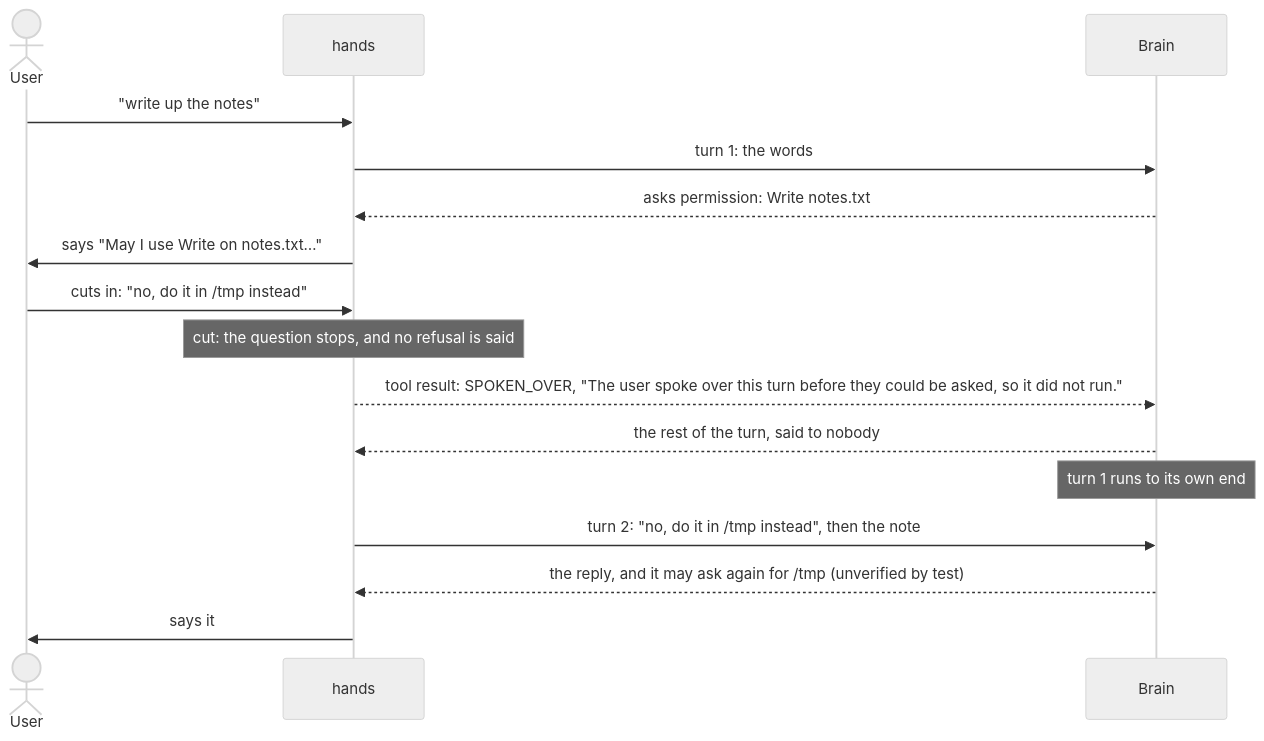
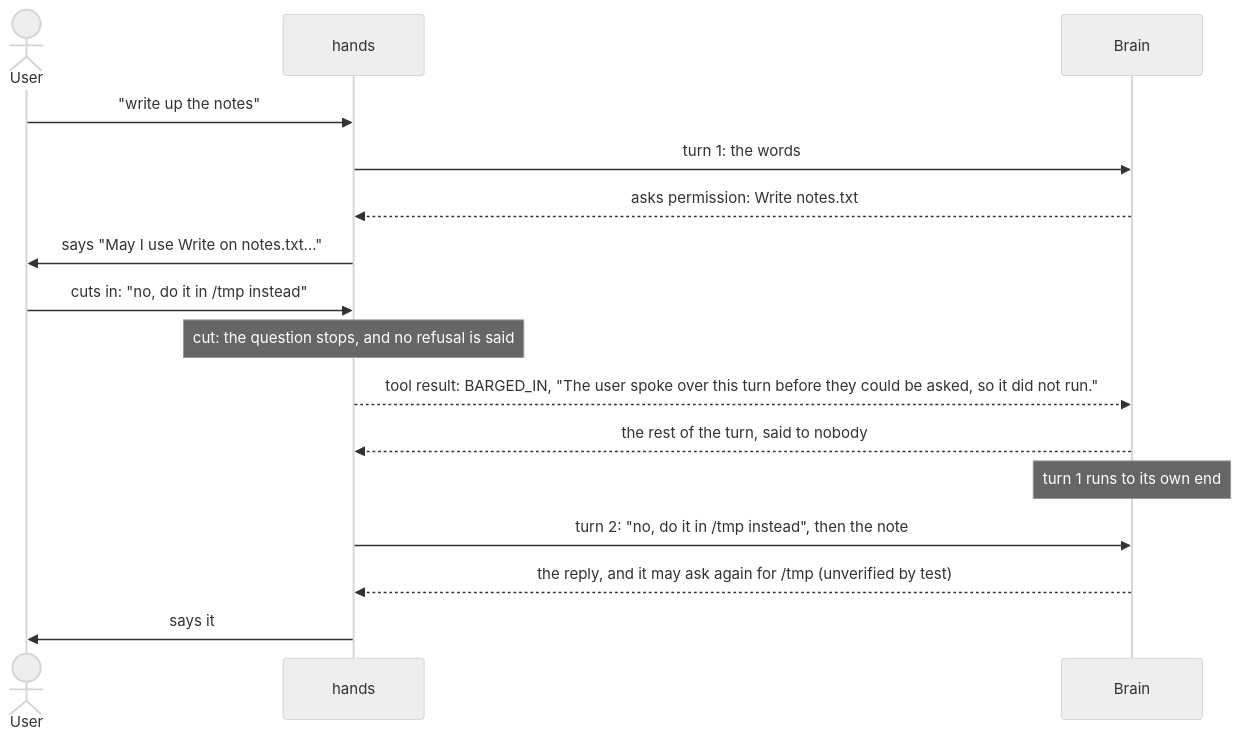
The fourth of 7 diagrams in docs/barge-in.md (promptctl/cc-hands), drawn with Mermaid (neutral theme) before and after one commit. The commit also changed other lines of this file and 177 other files, not shown here.

````diff
--- a/docs/barge-in.md
+++ b/docs/barge-in.md
@@ -264,18 +264,18 @@
 ```mermaid
 sequenceDiagram
     actor U as User
     participant H as hands
     participant B as Brain
     U->>H: "write up the notes"
     H->>B: turn 1: the words
     B-->>H: asks permission: Write notes.txt
     H->>U: says "May I use Write on notes.txt…"
     U->>H: cuts in: "no, do it in /tmp instead"
     Note over H: cut: the question stops, and no refusal is said
-    H-->>B: tool result: SPOKEN_OVER, "The user spoke over this turn before they could be asked, so it did not run."
+    H-->>B: tool result: BARGED_IN, "The user spoke over this turn before they could be asked, so it did not run."
     B-->>H: the rest of the turn, said to nobody
     Note over B: turn 1 runs to its own end
     H->>B: turn 2: "no, do it in /tmp instead", then the note
     B-->>H: the reply, and it may ask again for /tmp (unverified by test)
     H->>U: says it
 ```
````
